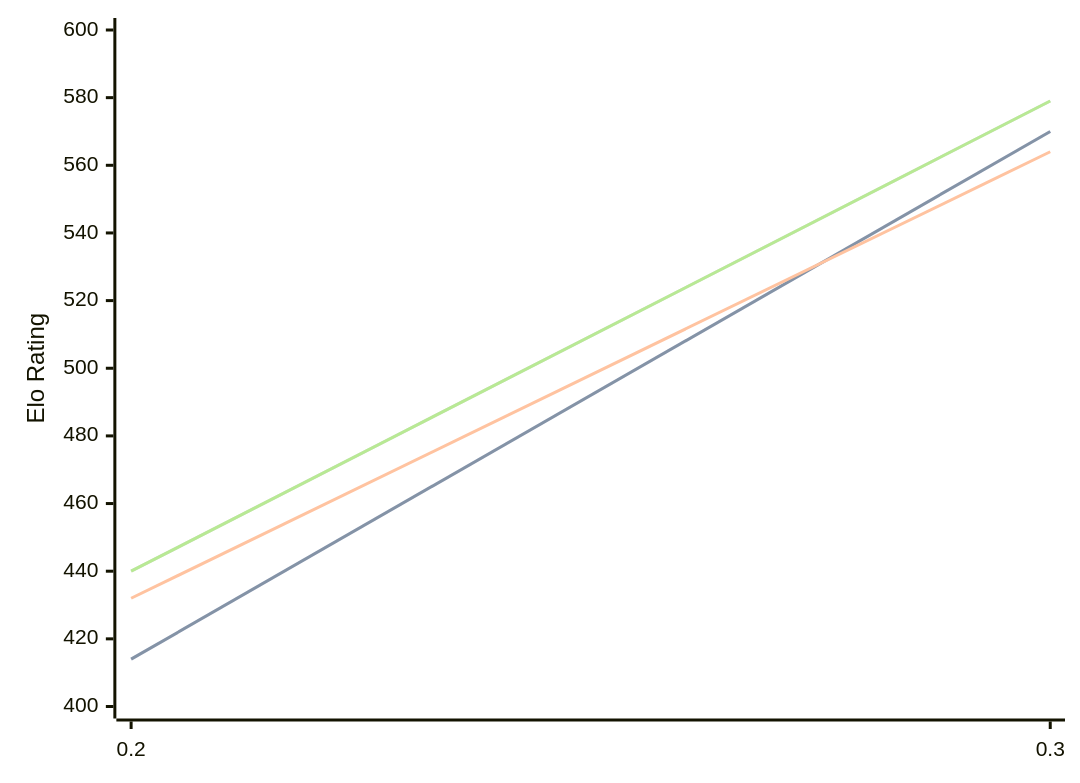
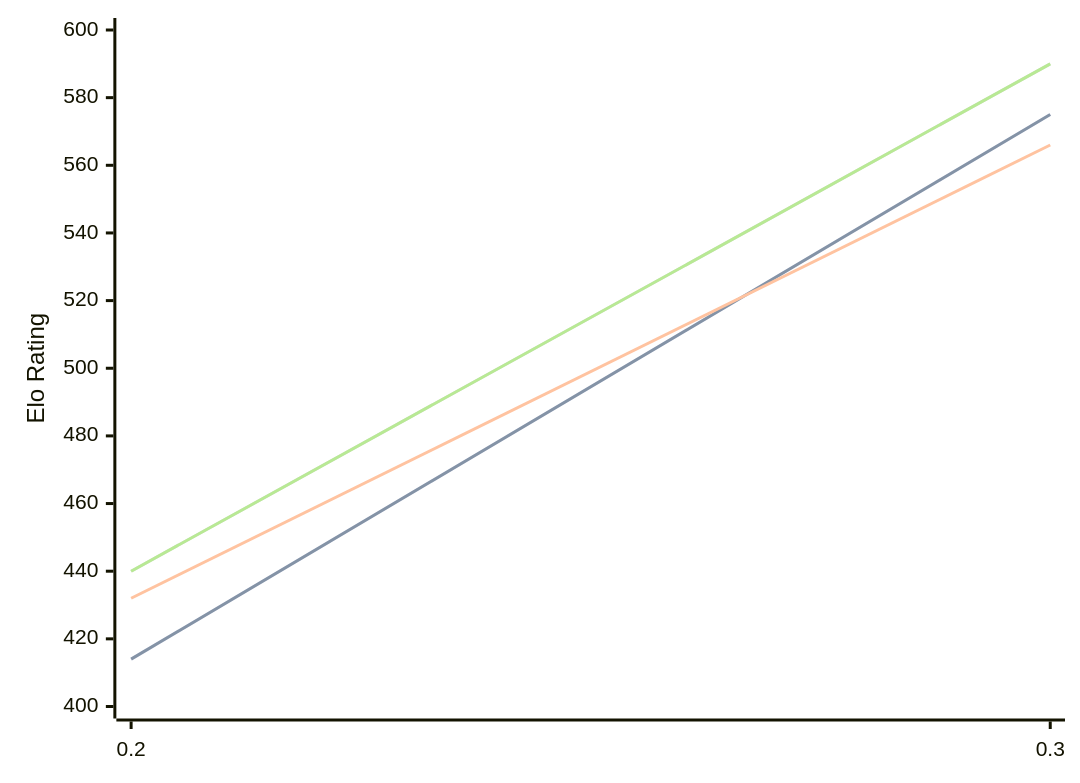
Before and after one commit to computer-chess-index/cci: the diagram in engines/Magpie.md, drawn with Mermaid. The commit also changed other lines of this file, not shown here.

Commit message:
Update CCI Ratings (ELO VLTC) - 2026-08-21

````diff
--- a/engines/Magpie.md
+++ b/engines/Magpie.md
@@ -32,11 +32,11 @@
 ```mermaid
 %%{init: {"theme":"base","themeVariables":{"seriesColors:['#a3a3a3','#222221','#faa371']}}}%%
 xychart-beta
   x-axis ["0.2", "0.3"]
   y-axis "Elo Rating" 400 --> 600
-  line "STC (8.0+0.08s)" [414, 570]
-  line "STC (8.0+0.08s)" [414, 570]
-  line "LTC (60.0+0.60s)" [432, 564]
-  line "VLTC (2m24s+1.12s)" [440, 579]
-  line "VLTC (2m24s+1.12s)" [440, 579]
+  line "STC (8.0+0.08s)" [414, 575]
+  line "STC (8.0+0.08s)" [414, 575]
+  line "LTC (60.0+0.60s)" [432, 566]
+  line "VLTC (2m24s+1.12s)" [440, 590]
+  line "VLTC (2m24s+1.12s)" [440, 590]
 ```
````
